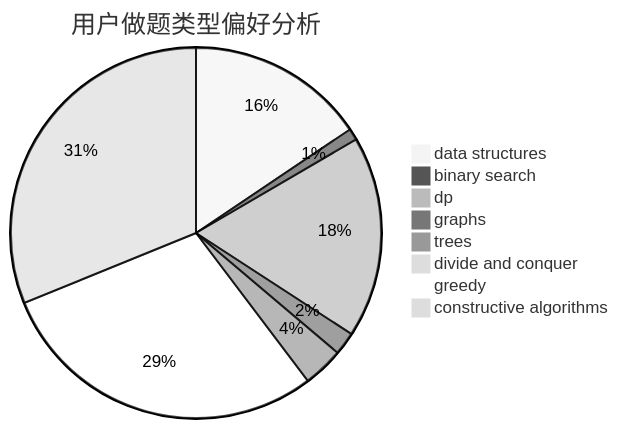
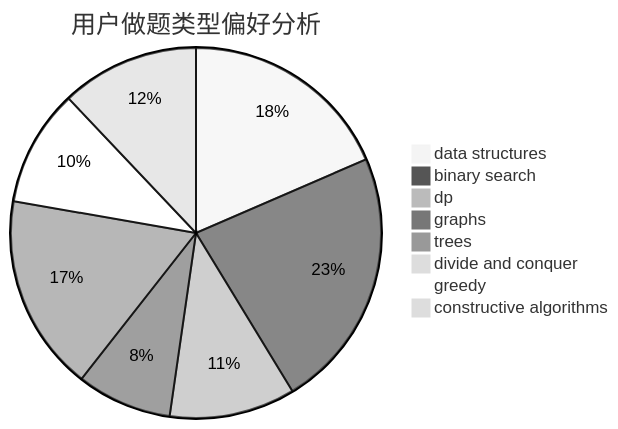
The second of 3 diagrams in docs/user/u2238.md (sherpahu/cfrs.github.io), drawn with Mermaid (neutral theme) before and after one commit. The commit also changed other lines of this file and 2770 other files, not shown here.

````diff
--- a/docs/user/u2238.md
+++ b/docs/user/u2238.md
@@ -23,11 +23,11 @@
 ```mermaid
 pie title 用户做题类型偏好分析
-    "data structures" :  31
-    "binary search" :  2
-    "dp" :  35
-    "graphs" :  4
-    "trees" :  7
+    "data structures" :  69
+    "binary search" :  85
+    "dp" :  41
+    "graphs" :  31
+    "trees" :  64
     "divide and conquer" :  0
-    "greedy" :  58
-    "constructive algorithms" :  62
+    "greedy" :  38
+    "constructive algorithms" :  45
 ```
````
